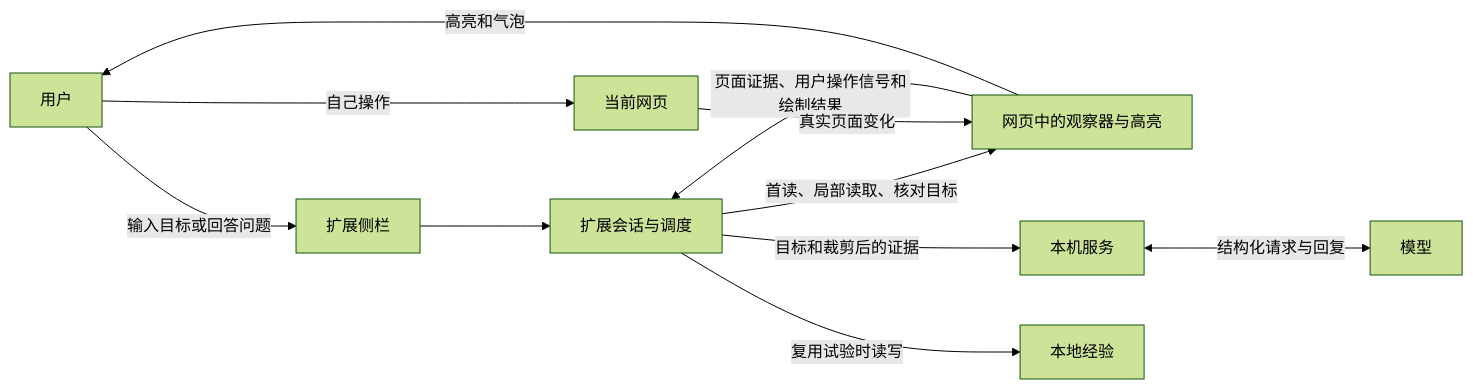
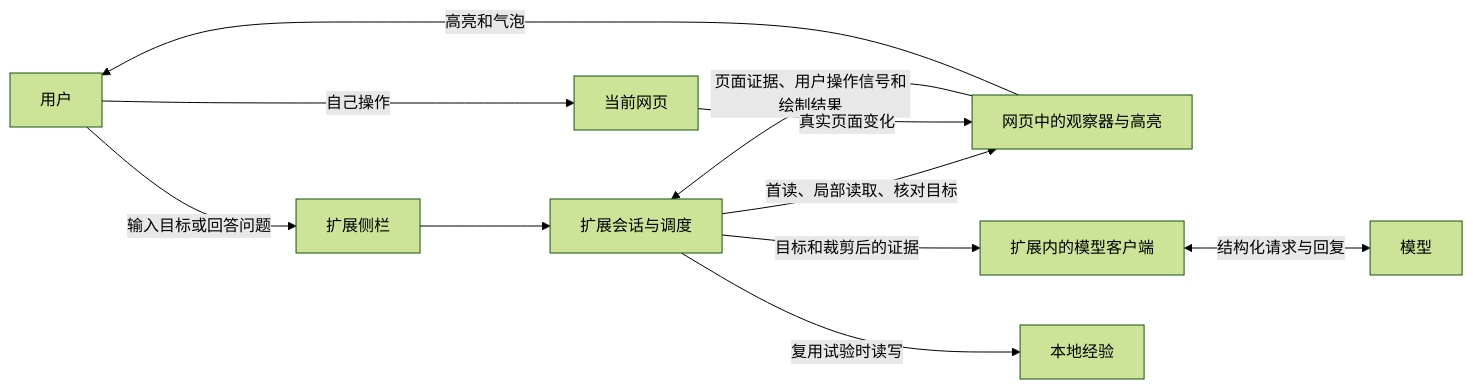
Before and after one commit to chuzhitairan/webguide-ai: the diagram in docs/design/WebGuideAI-导航-Harness-设计.md, drawn with Mermaid (forest theme). The commit also changed other lines of this file and 20 other files, not shown here.

````diff
--- a/docs/design/WebGuideAI-导航-Harness-设计.md
+++ b/docs/design/WebGuideAI-导航-Harness-设计.md
@@ -34,13 +34,13 @@
 ```mermaid
 flowchart LR
     U["用户"] -->|"输入目标或回答问题"| P["扩展侧栏"]
     P --> R["扩展会话与调度"]
     R -->|"首读、局部读取、核对目标"| D["网页中的观察器与高亮"]
-    R -->|"目标和裁剪后的证据"| A["本机服务"]
+    R -->|"目标和裁剪后的证据"| A["扩展内的模型客户端"]
     A <-->|"结构化请求与回复"| M["模型"]
     D -->|"页面证据、用户操作信号和绘制结果"| R
     D -->|"高亮和气泡"| U
     U -->|"自己操作"| W["当前网页"]
     W -->|"真实页面变化"| D
     R -->|"复用试验时读写"| E["本地经验"]
 ```
````
